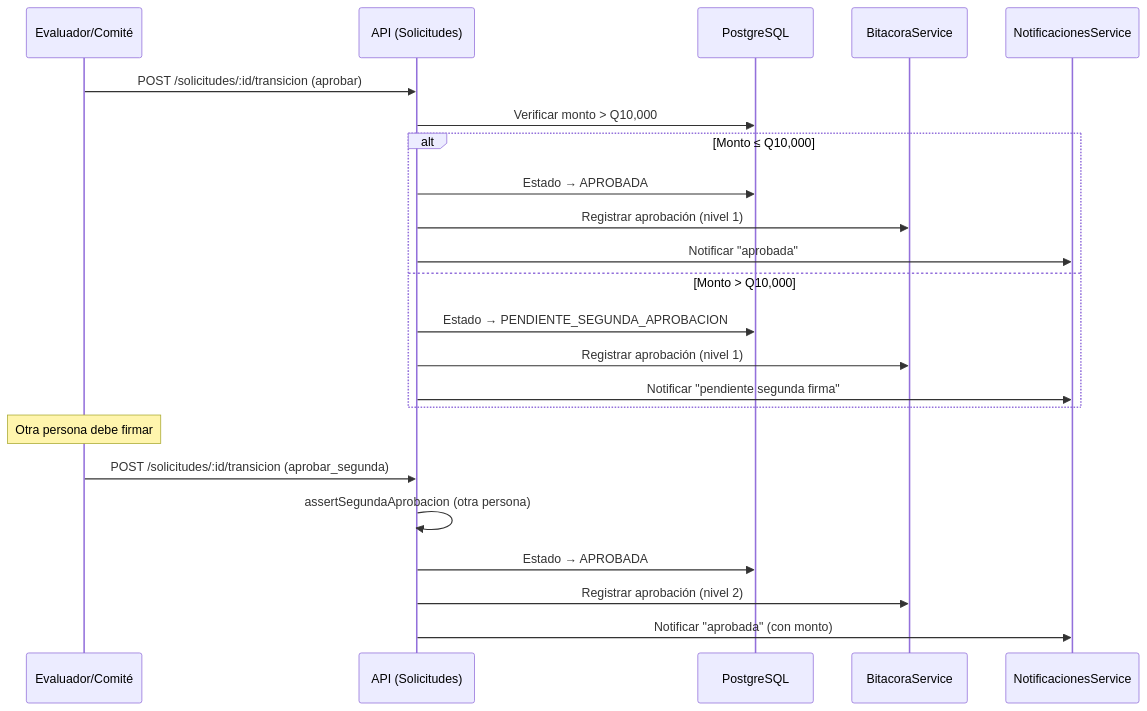
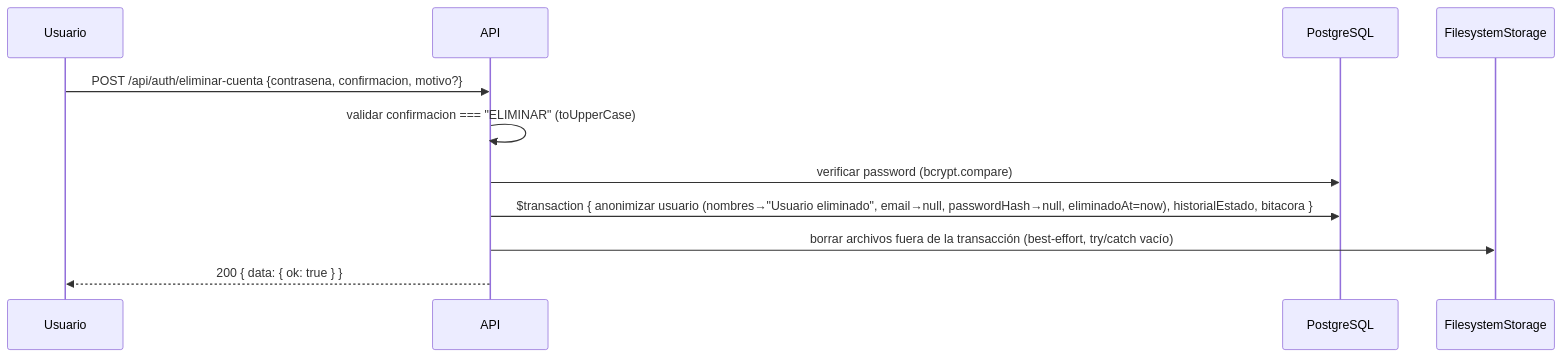
Before and after one commit to Deividcodv/proyecto-analisis-Eduviagt: the sixth of 19 diagrams in docs/architecture/diagrams.md, drawn with Mermaid. The commit also changed other lines of this file and 39 other files, not shown here.

````diff
--- a/docs/architecture/diagrams.md
+++ b/docs/architecture/diagrams.md
@@ -142,28 +144,14 @@
 ```mermaid
 sequenceDiagram
-    participant E as Evaluador/Comité
-    participant API as API (Solicitudes)
-    participant DB as PostgreSQL
-    participant B as BitacoraService
-    participant N as NotificacionesService
+  participant U as Usuario
+  participant API as API
+  participant DB as PostgreSQL
+  participant FS as FilesystemStorage
 
-    E->>API: POST /solicitudes/:id/transicion (aprobar)
-    API->>DB: Verificar monto > Q10,000
-    alt Monto ≤ Q10,000
-        API->>DB: Estado → APROBADA
-        API->>B: Registrar aprobación (nivel 1)
-        API->>N: Notificar "aprobada"
-    else Monto > Q10,000
-        API->>DB: Estado → PENDIENTE_SEGUNDA_APROBACION
-        API->>B: Registrar aprobación (nivel 1)
-        API->>N: Notificar "pendiente segunda firma"
-    end
-
-    Note over E: Otra persona debe firmar
-
-    E->>API: POST /solicitudes/:id/transicion (aprobar_segunda)
-    API->>API: assertSegundaAprobacion (otra persona)
-    API->>DB: Estado → APROBADA
-    API->>B: Registrar aprobación (nivel 2)
-    API->>N: Notificar "aprobada" (con monto)
+  U->>API: POST /api/auth/eliminar-cuenta {contrasena, confirmacion, motivo?}
+  API->>API: validar confirmacion === "ELIMINAR" (toUpperCase)
+  API->>DB: verificar password (bcrypt.compare)
+  API->>DB: $transaction { anonimizar usuario (nombres→"Usuario eliminado", email→null, passwordHash→null, eliminadoAt=now), historialEstado, bitacora }
+  API->>FS: borrar archivos fuera de la transacción (best-effort, try/catch vacío)
+  API-->>U: 200 { data: { ok: true } }
 ```
````
